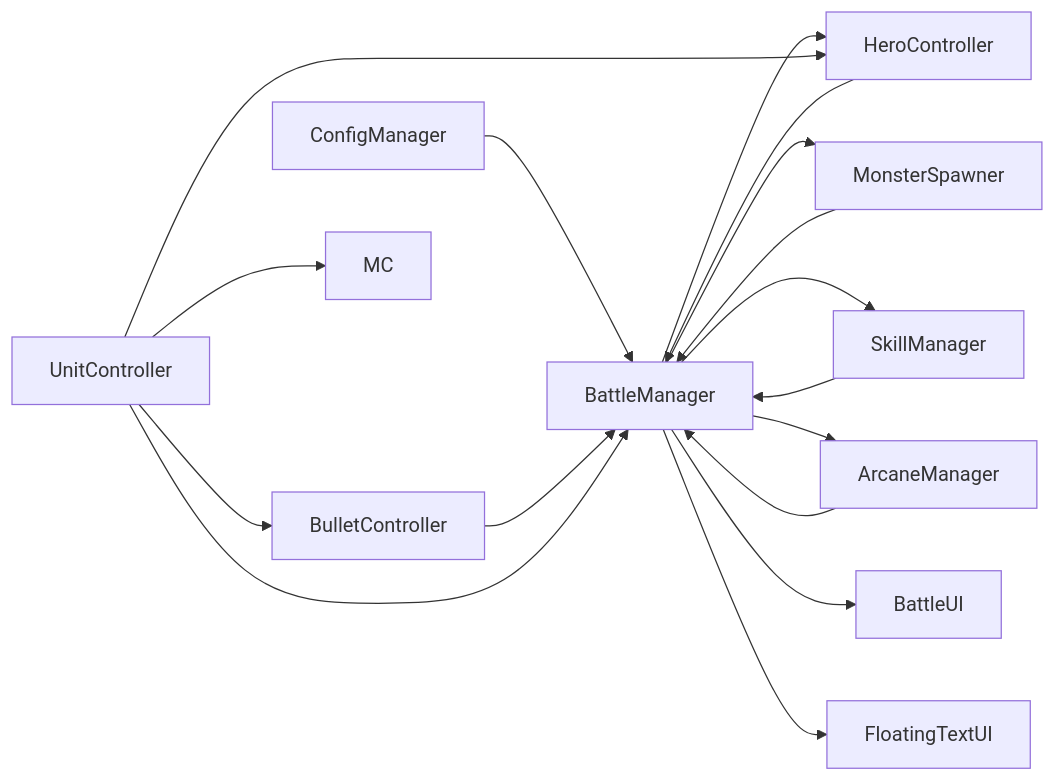
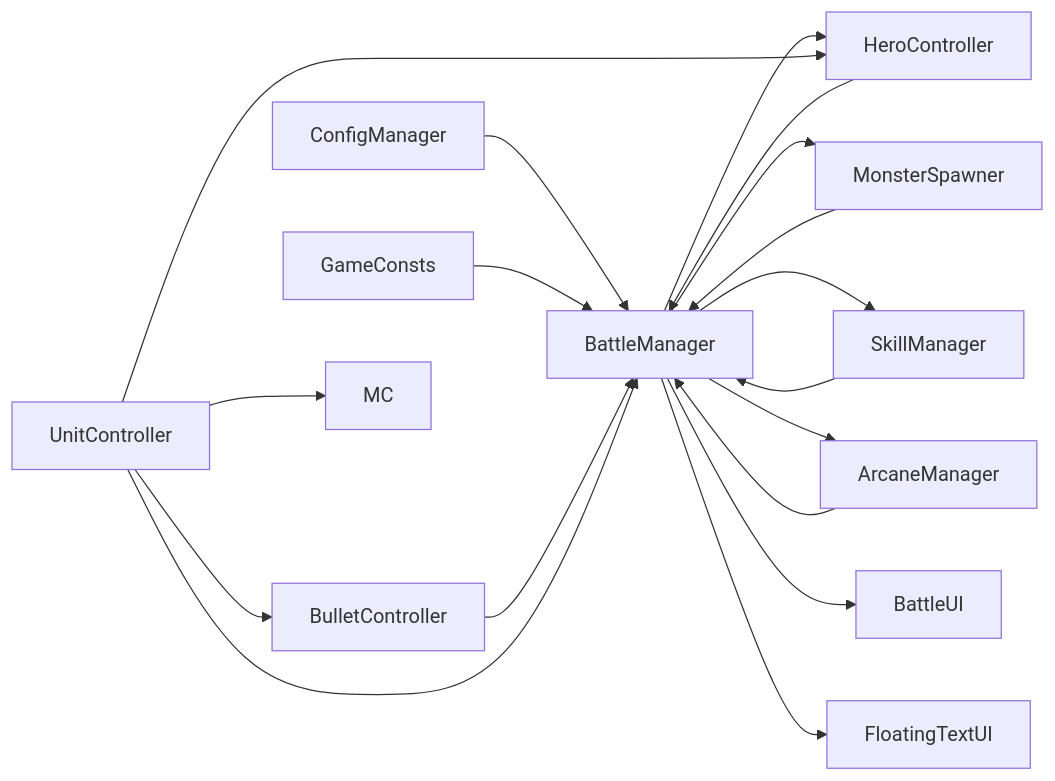
One commit to Tuusen/p1_client changed the sixth of 6 diagrams in .qoder/repowiki/zh/content/战斗系统/战斗管理器.md. Above: the diagram before and after it, drawn with Mermaid. The commit also changed other lines of this file and 3 other files, not shown here.

````diff
--- a/.qoder/repowiki/zh/content/战斗系统/战斗管理器.md
+++ b/.qoder/repowiki/zh/content/战斗系统/战斗管理器.md
@@ -498,19 +542,20 @@
 ```mermaid
 graph LR
 CM["ConfigManager"] --> BM["BattleManager"]
+GC["GameConsts"] --> BM
 BM --> HC["HeroController"]
 BM --> MS["MonsterSpawner"]
 BM --> SM["SkillManager"]
 BM --> AM["ArcaneManager"]
 BM --> UI["BattleUI"]
 BM --> FT["FloatingTextUI"]
 HC --> BM
 MS --> BM
 SM --> BM
 AM --> BM
 BC["BulletController"] --> BM
 UC["UnitController"] --> BM
 UC --> HC
 UC --> MC
 UC --> BC
 ```
````
